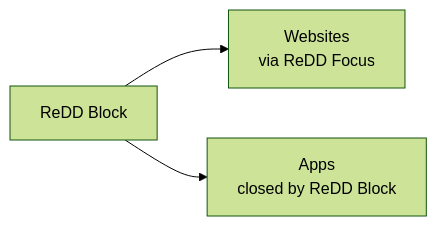
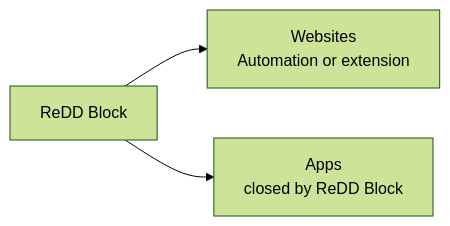
The diagram in README.md (kasnder/redd-block), drawn with Mermaid (forest theme) before and after one commit. The commit also changed other lines of this file and 10 other files, not shown here.

First line of the commit message:
Update docs for v3 Automation architecture and retire helper-era testing.

````diff
--- a/README.md
+++ b/README.md
@@ -31,6 +31,6 @@
 ```mermaid
 flowchart LR
   RB[ReDD Block]
-  RB --> WEB[Websites<br/>via ReDD Focus]
+  RB --> WEB[Websites<br/>Automation or extension]
   RB --> APP[Apps<br/>closed by ReDD Block]
 ```
````
